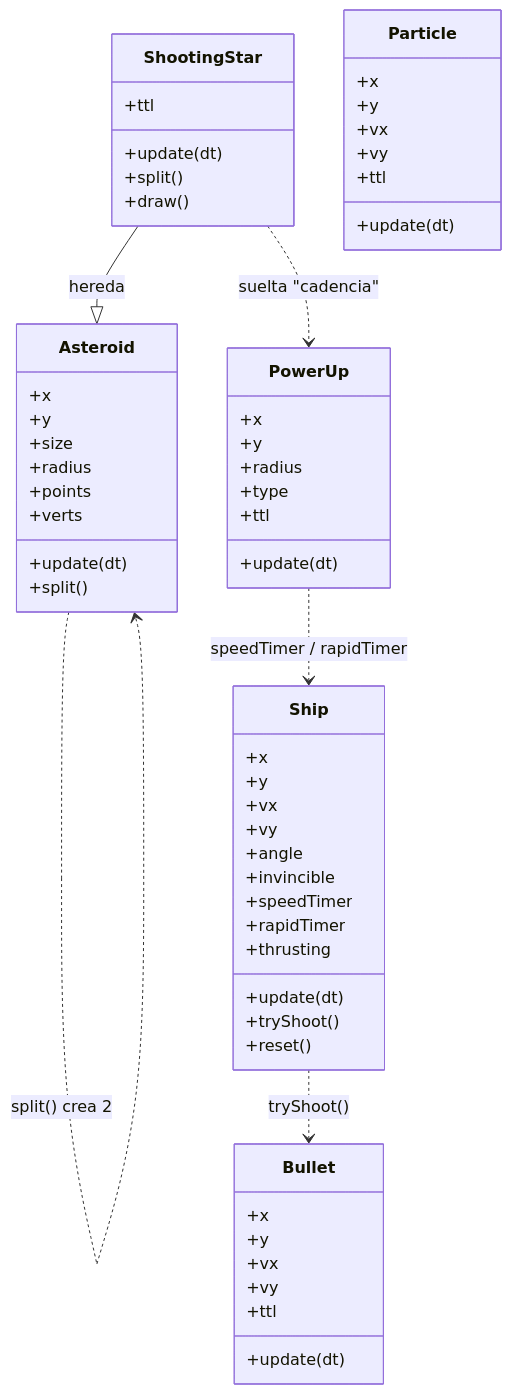
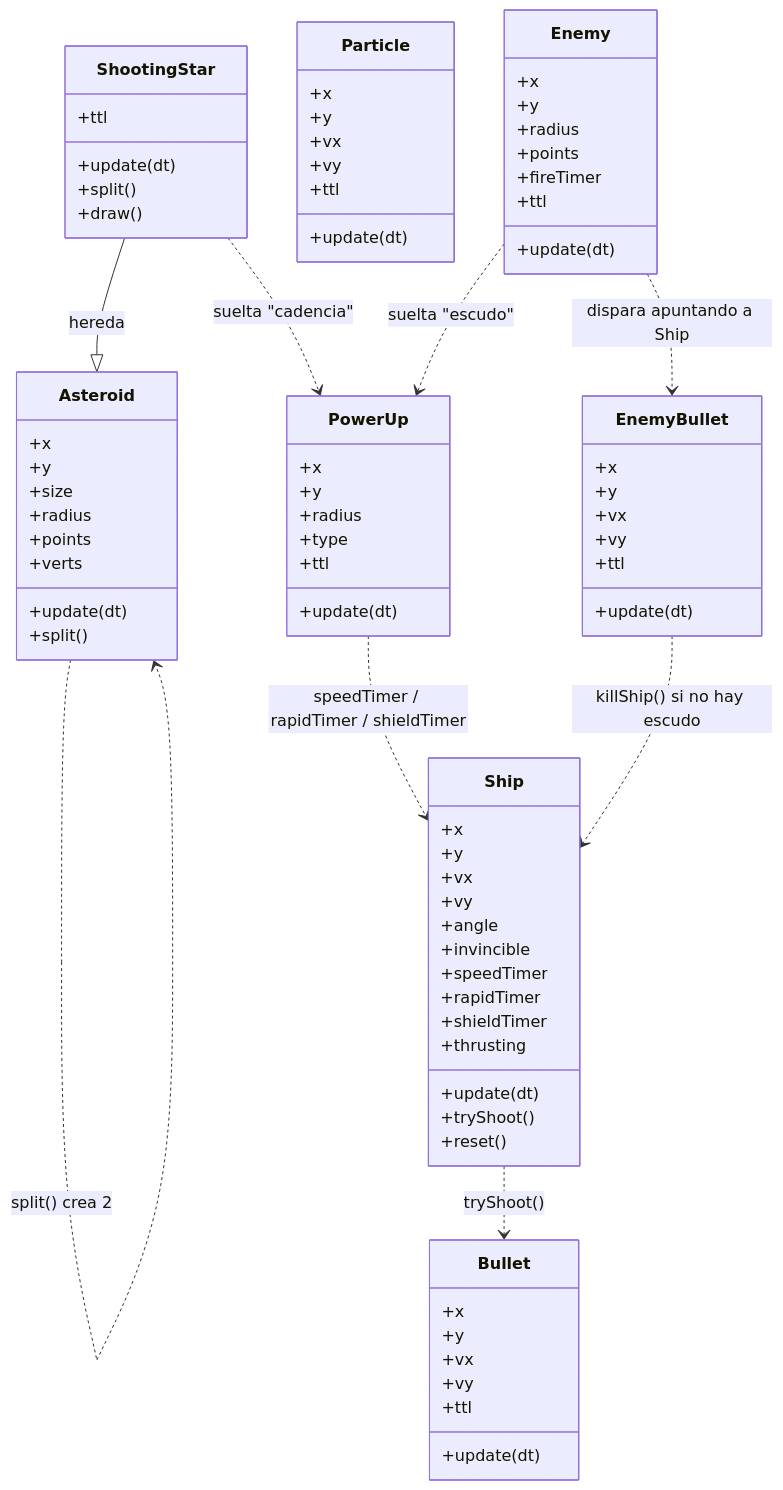
Before and after one commit to dalwork/opencode-asteroids: the fourth of 5 diagrams in ARCHITECTURE.md, drawn with Mermaid. The commit also changed other lines of this file and 3 other files, not shown here.

Commit message:
escudo y caza enemigo que dispara

````diff
--- a/ARCHITECTURE.md
+++ b/ARCHITECTURE.md
@@ -107,6 +111,7 @@
       +invincible
       +speedTimer
       +rapidTimer
+      +shieldTimer
       +thrusting
       +update(dt)
       +tryShoot()
@@ -152,9 +157,29 @@
       +ttl
       +update(dt)
     }
+    class Enemy {
+      +x
+      +y
+      +radius
+      +points
+      +fireTimer
+      +ttl
+      +update(dt)
+    }
+    class EnemyBullet {
+      +x
+      +y
+      +vx
+      +vy
+      +ttl
+      +update(dt)
+    }
     Ship ..> Bullet : tryShoot()
     Asteroid ..> Asteroid : split() crea 2
     ShootingStar --|> Asteroid : hereda
     ShootingStar ..> PowerUp : suelta "cadencia"
-    PowerUp ..> Ship : speedTimer / rapidTimer
+    Enemy ..> EnemyBullet : dispara apuntando a Ship
+    Enemy ..> PowerUp : suelta "escudo"
+    PowerUp ..> Ship : speedTimer / rapidTimer / shieldTimer
+    EnemyBullet ..> Ship : killShip() si no hay escudo
 ```
````
